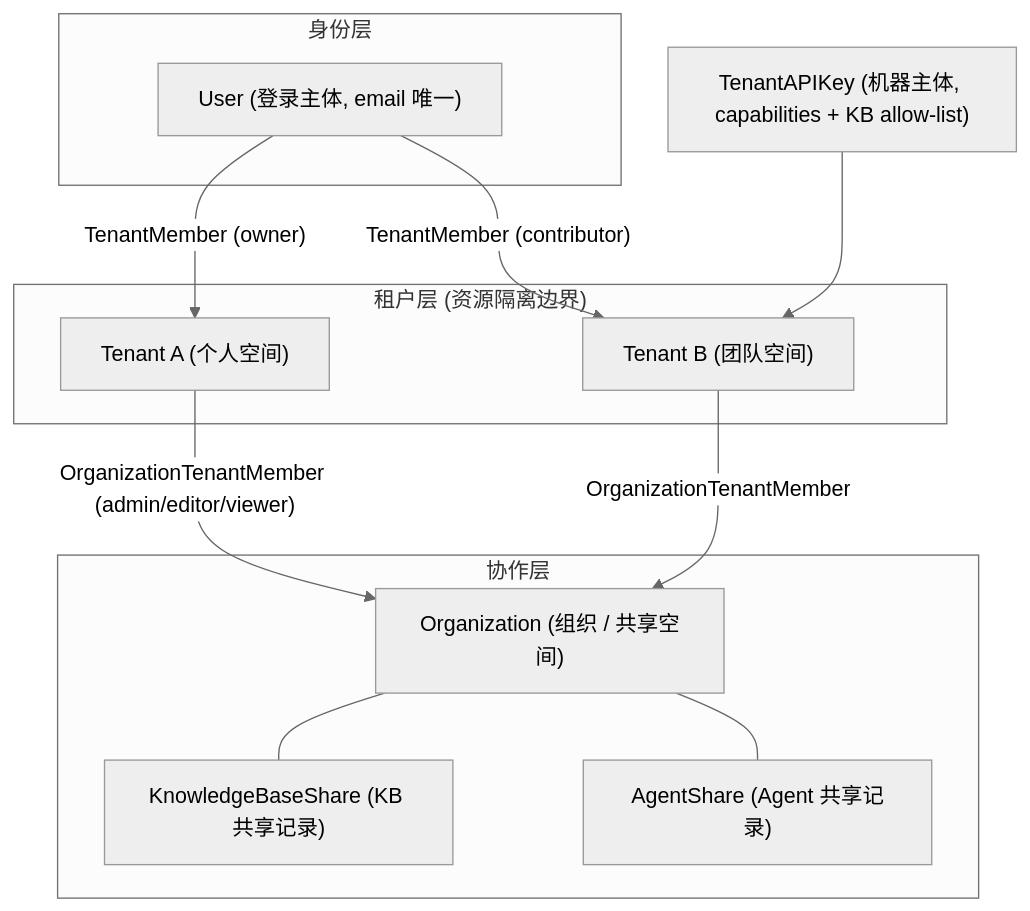
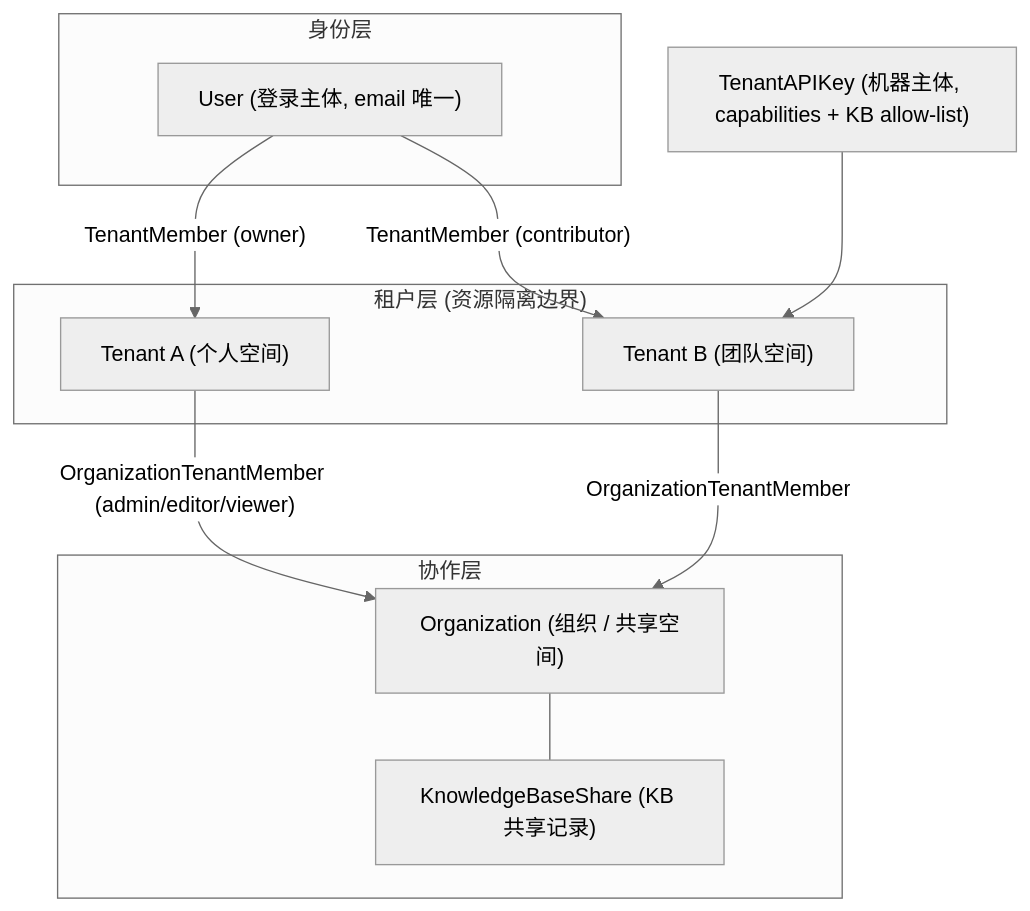
One commit to magicyuan876/Yuheng changed the first of 3 diagrams in website-docs/03-features/01-tenant-auth.md. Above: the diagram before and after it, drawn with Mermaid (neutral theme). The commit also changed other lines of this file and 994 other files, not shown here.

````diff
--- a/website-docs/03-features/01-tenant-auth.md
+++ b/website-docs/03-features/01-tenant-auth.md
@@ -26,22 +26,20 @@
 ```mermaid
 graph TB
     subgraph identity["身份层"]
         U["User (登录主体, email 唯一)"]
     end
     subgraph tenants["租户层 (资源隔离边界)"]
         T1["Tenant A (个人空间)"]
         T2["Tenant B (团队空间)"]
     end
     subgraph org["协作层"]
         O["Organization (组织 / 共享空间)"]
         KBS["KnowledgeBaseShare (KB 共享记录)"]
-        AGS["AgentShare (Agent 共享记录)"]
     end
     U -- "TenantMember (owner)" --> T1
     U -- "TenantMember (contributor)" --> T2
     T1 -- "OrganizationTenantMember (admin/editor/viewer)" --> O
     T2 -- "OrganizationTenantMember" --> O
     O --- KBS
-    O --- AGS
     K["TenantAPIKey (机器主体, capabilities + KB allow-list)"] --> T2
 ```
````
